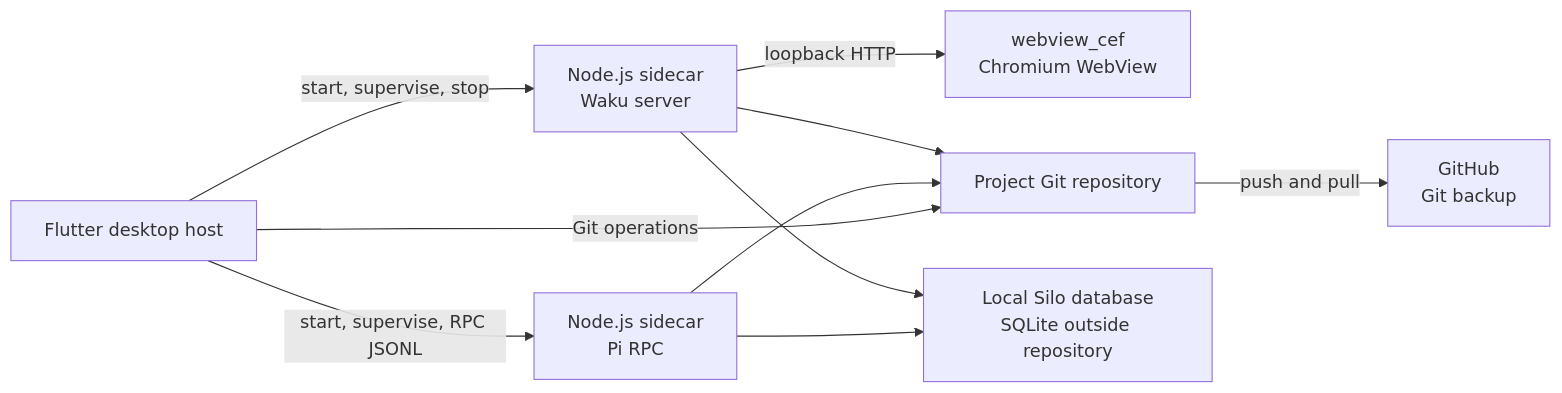
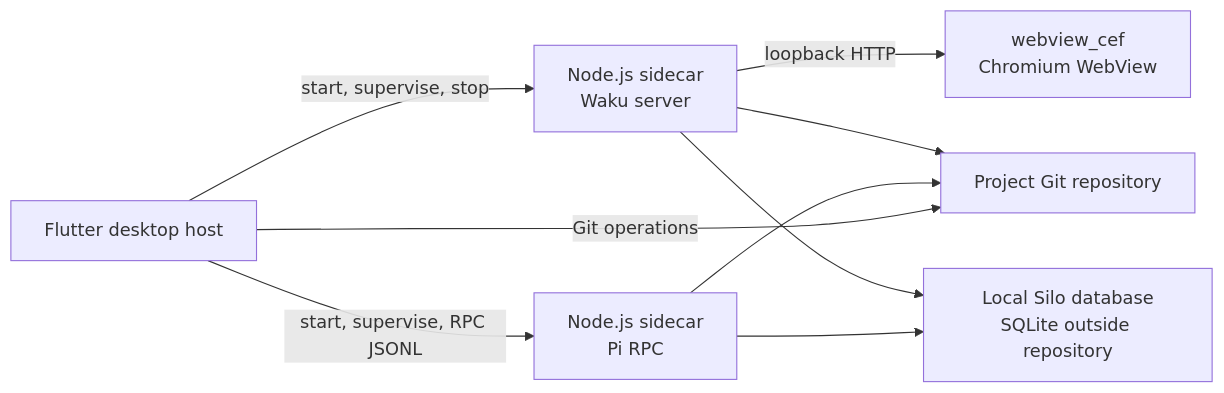
One commit to silo-ai/silo changed the diagram in design/studio/first-version.md. Above: the diagram before and after it, drawn with Mermaid. The commit also changed other lines of this file and 1 other file, not shown here.

Commit message:
docs: defer GitHub integration from Studio v1

````diff
--- a/design/studio/first-version.md
+++ b/design/studio/first-version.md
@@ -81,20 +85,17 @@
 ```mermaid
 flowchart LR
   host["Flutter desktop host"]
   waku["Node.js sidecar\nWaku server"]
   pi["Node.js sidecar\nPi RPC"]
   webview["webview_cef\nChromium WebView"]
   repo["Project Git repository"]
   silo["Local Silo database\nSQLite outside repository"]
-  github["GitHub\nGit backup"]
-
   host -->|start, supervise, stop| waku
   host -->|start, supervise, RPC JSONL| pi
   waku -->|loopback HTTP| webview
   waku --> repo
   waku --> silo
   pi --> repo
   pi --> silo
   host -->|Git operations| repo
-  repo -->|push and pull| github
 ```
````
